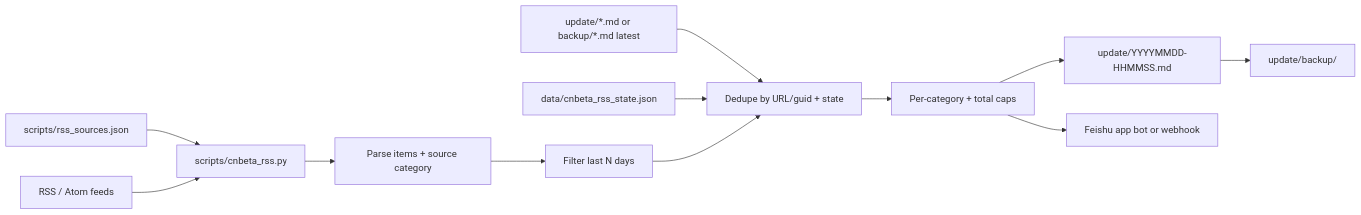
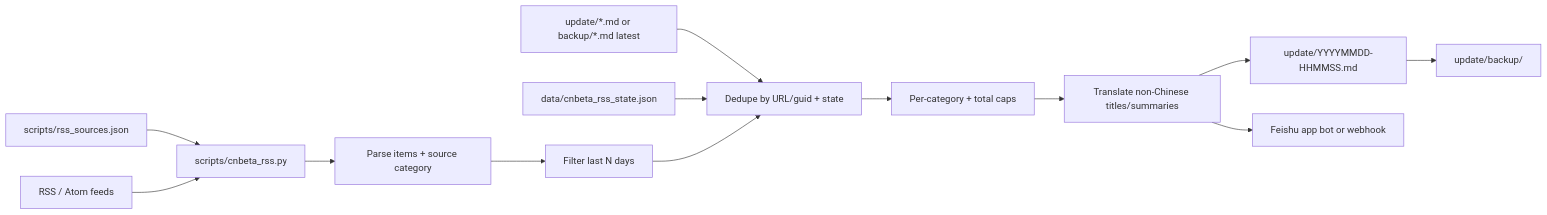
Before and after one commit to zjk1984/new-movie-tracker-skill: the diagram in docs/project-context.md, drawn with Mermaid. The commit also changed other lines of this file and 6 other files, not shown here.

````diff
--- a/docs/project-context.md
+++ b/docs/project-context.md
@@ -9,14 +9,15 @@
 ```mermaid
 flowchart LR
   JSON[scripts/rss_sources.json] --> Fetch[scripts/cnbeta_rss.py]
   RSS[RSS / Atom feeds] --> Fetch
   Fetch --> Parse[Parse items + source category]
   Prev[update/*.md or backup/*.md latest] --> Dedupe[Dedupe by URL/guid + state]
   State[data/cnbeta_rss_state.json] --> Dedupe
   Parse --> Window[Filter last N days]
   Window --> Dedupe
   Dedupe --> Limit[Per-category + total caps]
-  Limit --> Update[update/YYYYMMDD-HHMMSS.md]
-  Limit --> Feishu[Feishu app bot or webhook]
+  Limit --> Translate[Translate non-Chinese titles/summaries]
+  Translate --> Update[update/YYYYMMDD-HHMMSS.md]
+  Translate --> Feishu[Feishu app bot or webhook]
   Update --> Backup[update/backup/]
 ```
````
